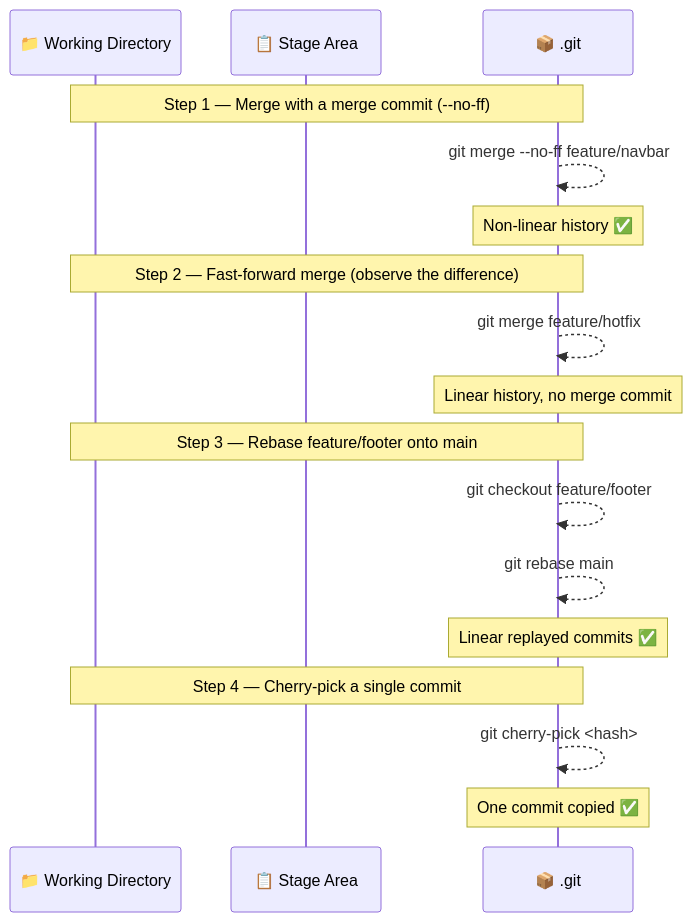
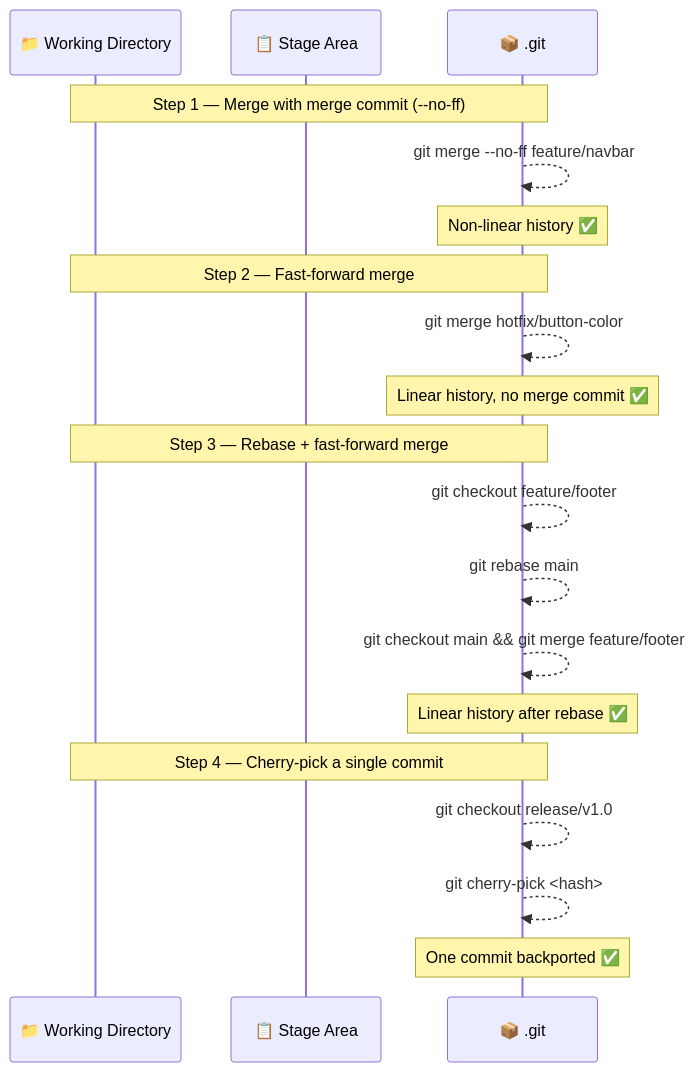
One commit to DaveFV91/GitCourse changed the first of 10 diagrams in 02-exercises/05-merge-rebase-cherry-pick/exercise-05-merge-rebase-walkthrough.md. Above: the diagram before and after it, drawn with Mermaid. The commit also changed other lines of this file and 6 other files, not shown here.

First line of the commit message:
refactor: update exercise documentation for merge, rebase, and cherry-pick

````diff
--- a/02-exercises/05-merge-rebase-cherry-pick/exercise-05-merge-rebase-walkthrough.md
+++ b/02-exercises/05-merge-rebase-cherry-pick/exercise-05-merge-rebase-walkthrough.md
@@ -30,23 +17,25 @@
 ```mermaid
 sequenceDiagram
     participant WD as 📁 Working Directory
     participant SA as 📋 Stage Area
     participant GIT as 📦 .git
 
-    Note over WD,GIT: Step 1 — Merge with a merge commit (--no-ff)
+    Note over WD,GIT: Step 1 — Merge with merge commit (--no-ff)
     GIT -->> GIT: git merge --no-ff feature/navbar
     Note over GIT: Non-linear history ✅
 
-    Note over WD,GIT: Step 2 — Fast-forward merge (observe the difference)
-    GIT -->> GIT: git merge feature/hotfix
-    Note over GIT: Linear history, no merge commit
+    Note over WD,GIT: Step 2 — Fast-forward merge
+    GIT -->> GIT: git merge hotfix/button-color
+    Note over GIT: Linear history, no merge commit ✅
 
-    Note over WD,GIT: Step 3 — Rebase feature/footer onto main
+    Note over WD,GIT: Step 3 — Rebase + fast-forward merge
     GIT -->> GIT: git checkout feature/footer
     GIT -->> GIT: git rebase main
-    Note over GIT: Linear replayed commits ✅
+    GIT -->> GIT: git checkout main && git merge feature/footer
+    Note over GIT: Linear history after rebase ✅
 
     Note over WD,GIT: Step 4 — Cherry-pick a single commit
+    GIT -->> GIT: git checkout release/v1.0
     GIT -->> GIT: git cherry-pick <hash>
-    Note over GIT: One commit copied ✅
+    Note over GIT: One commit backported ✅
 ```
````
